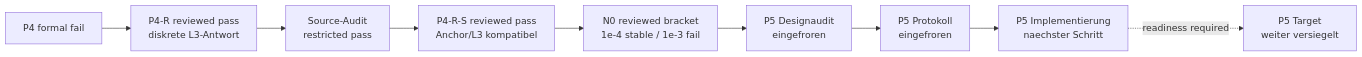
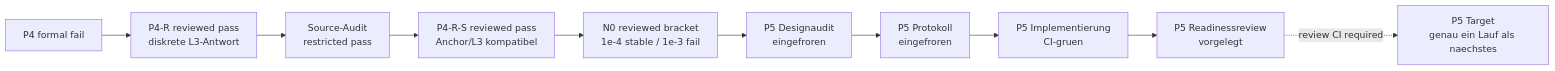
One commit to MemoryDynamics/Knoten changed the diagram in docs/status/project_priorities.md. Above: the diagram before and after it, drawn with Mermaid. The commit also changed other lines of this file and 11 other files, not shown here.

Commit message:
docs: certify P5 target readiness

````diff
--- a/docs/status/project_priorities.md
+++ b/docs/status/project_priorities.md
@@ -29,14 +31,15 @@
 ```mermaid
 flowchart LR
     p4["P4 formal fail"]
     p4r["P4-R reviewed pass<br/>diskrete L3-Antwort"]
     source["Source-Audit<br/>restricted pass"]
     p4rs["P4-R-S reviewed pass<br/>Anchor/L3 kompatibel"]
     n0["N0 reviewed bracket<br/>1e-4 stable / 1e-3 fail"]
     p5d["P5 Designaudit<br/>eingefroren"]
     p5p["P5 Protokoll<br/>eingefroren"]
-    p5i["P5 Implementierung<br/>naechster Schritt"]
-    p5t["P5 Target<br/>weiter versiegelt"]
+    p5i["P5 Implementierung<br/>CI-gruen"]
+    p5r["P5 Readinessreview<br/>vorgelegt"]
+    p5t["P5 Target<br/>genau ein Lauf als naechstes"]
 
-    p4 --> p4r --> source --> p4rs --> n0 --> p5d --> p5p --> p5i -. readiness required .-> p5t
+    p4 --> p4r --> source --> p4rs --> n0 --> p5d --> p5p --> p5i --> p5r -. review CI required .-> p5t
 ```
````
